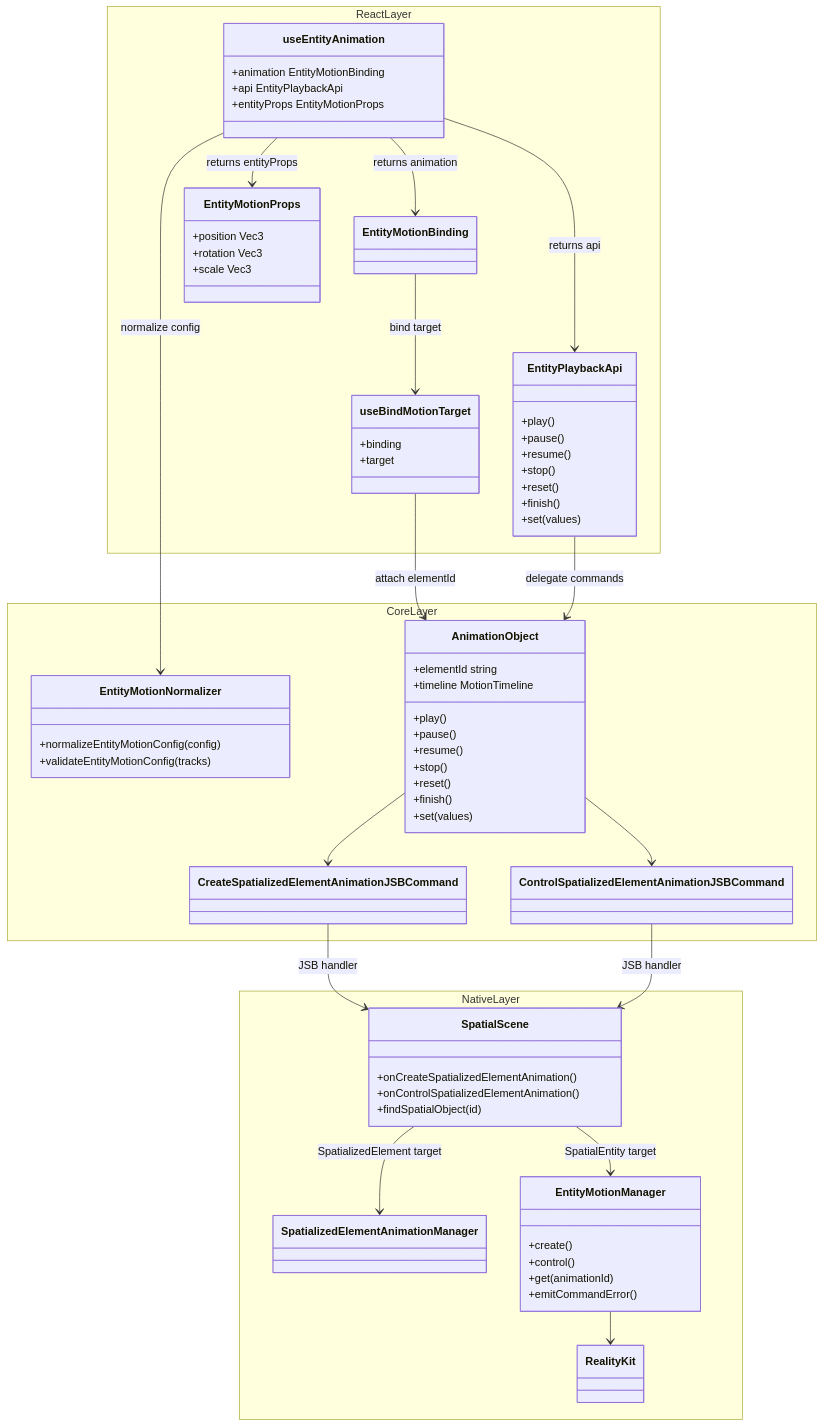
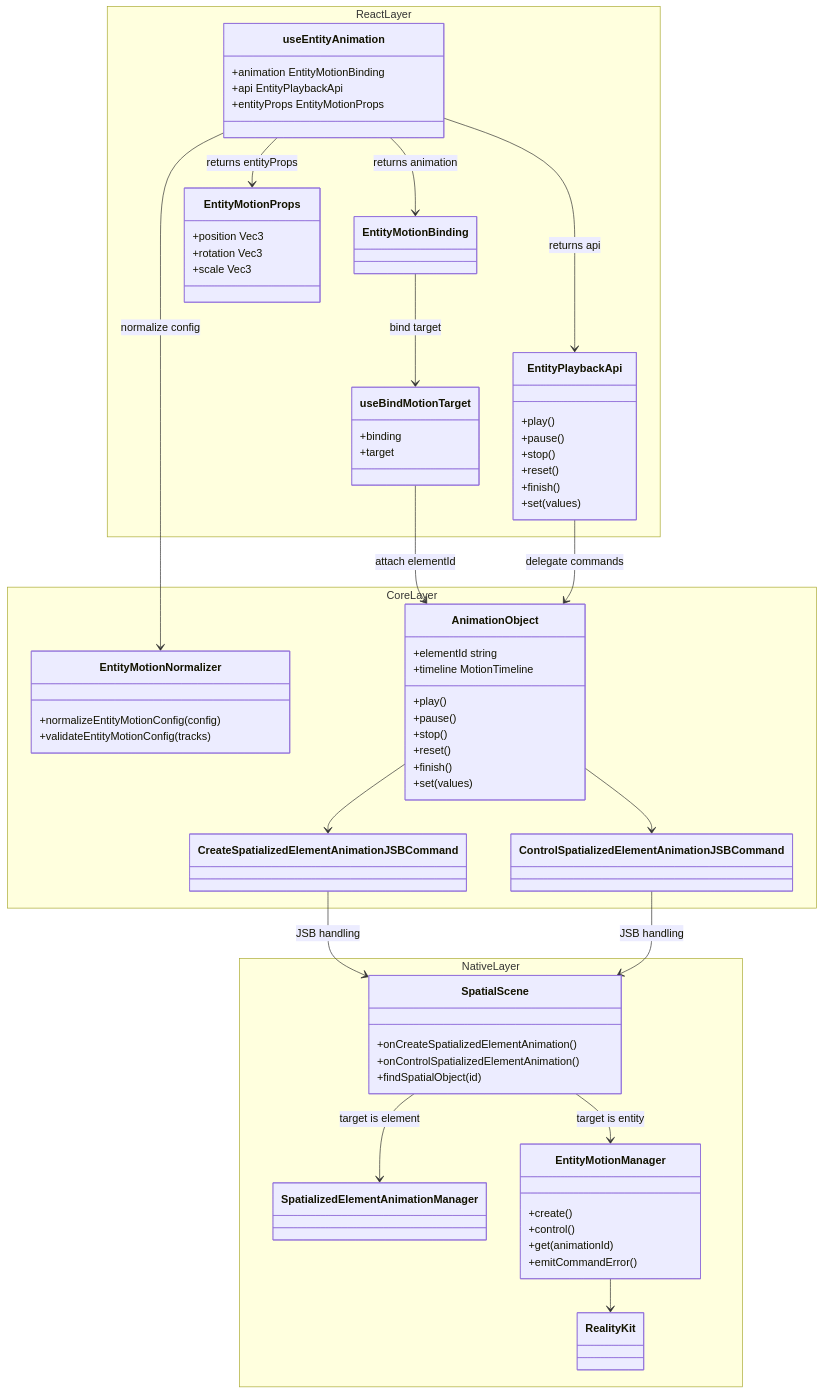
One commit to webspatial/webspatial-sdk changed the sixth of 11 diagrams in openspec/changes/redesign-entity-motion-api/design.md. Above: the diagram before and after it, drawn with Mermaid. The commit also changed other lines of this file and 7 other files, not shown here.

````diff
--- a/openspec/changes/redesign-entity-motion-api/design.md
+++ b/openspec/changes/redesign-entity-motion-api/design.md
@@ -534,77 +707,75 @@
 ```mermaid
 classDiagram
     namespace ReactLayer {
         class useEntityAnimation {
             +animation EntityMotionBinding
             +api EntityPlaybackApi
             +entityProps EntityMotionProps
         }
         class EntityPlaybackApi {
             +play()
             +pause()
-            +resume()
             +stop()
             +reset()
             +finish()
             +set(values)
         }
         class EntityMotionBinding
         class EntityMotionProps {
             +position Vec3
             +rotation Vec3
             +scale Vec3
         }
         class useBindMotionTarget {
             +binding
             +target
         }
     }
     namespace CoreLayer {
         class EntityMotionNormalizer {
             +normalizeEntityMotionConfig(config)
             +validateEntityMotionConfig(tracks)
         }
         class AnimationObject {
             +elementId string
             +timeline MotionTimeline
             +play()
             +pause()
-            +resume()
             +stop()
             +reset()
             +finish()
             +set(values)
         }
         class CreateSpatializedElementAnimationJSBCommand
         class ControlSpatializedElementAnimationJSBCommand
     }
     namespace NativeLayer {
         class SpatialScene {
             +onCreateSpatializedElementAnimation()
             +onControlSpatializedElementAnimation()
             +findSpatialObject(id)
         }
         class SpatializedElementAnimationManager
         class EntityMotionManager {
             +create()
             +control()
             +get(animationId)
             +emitCommandError()
         }
         class RealityKit
     }
     useEntityAnimation --> EntityMotionBinding : returns animation
     useEntityAnimation --> EntityPlaybackApi : returns api
     useEntityAnimation --> EntityMotionProps : returns entityProps
     useEntityAnimation --> EntityMotionNormalizer : normalize config
     EntityMotionBinding --> useBindMotionTarget : bind target
     useBindMotionTarget --> AnimationObject : attach elementId
     EntityPlaybackApi --> AnimationObject : delegate commands
     AnimationObject --> CreateSpatializedElementAnimationJSBCommand
     AnimationObject --> ControlSpatializedElementAnimationJSBCommand
-    CreateSpatializedElementAnimationJSBCommand --> SpatialScene : JSB handler
-    ControlSpatializedElementAnimationJSBCommand --> SpatialScene : JSB handler
-    SpatialScene --> SpatializedElementAnimationManager : SpatializedElement target
-    SpatialScene --> EntityMotionManager : SpatialEntity target
+    CreateSpatializedElementAnimationJSBCommand --> SpatialScene : JSB handling
+    ControlSpatializedElementAnimationJSBCommand --> SpatialScene : JSB handling
+    SpatialScene --> SpatializedElementAnimationManager : target is element
+    SpatialScene --> EntityMotionManager : target is entity
     EntityMotionManager --> RealityKit
 ```
````
